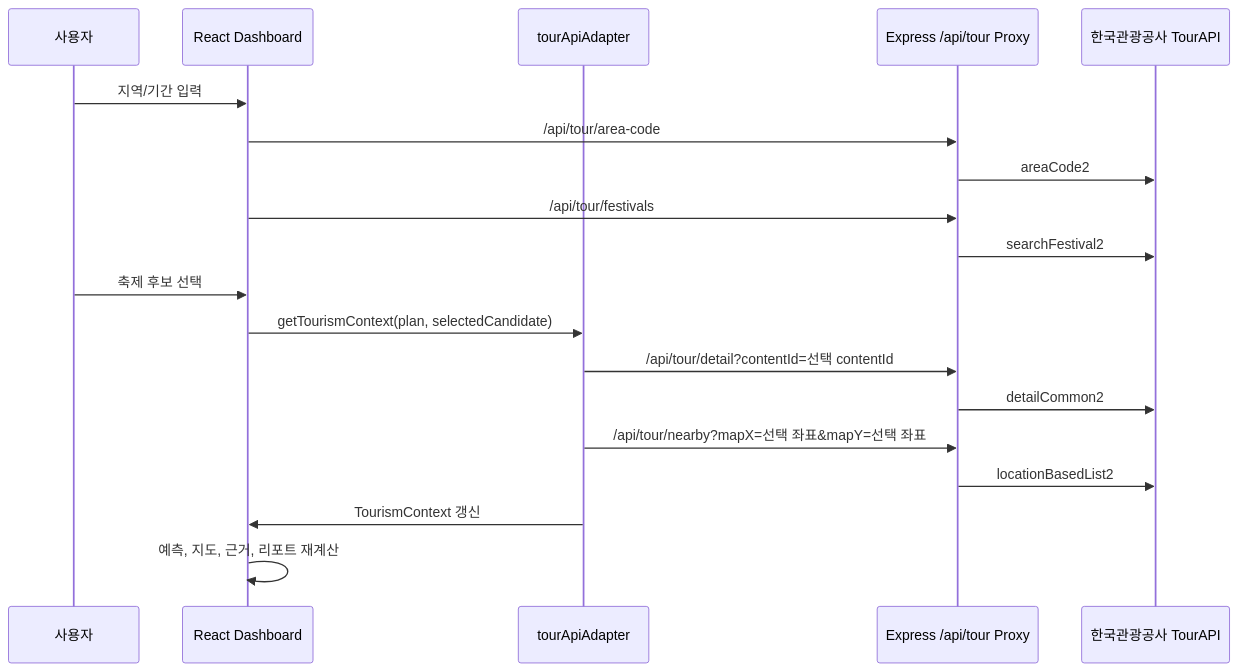
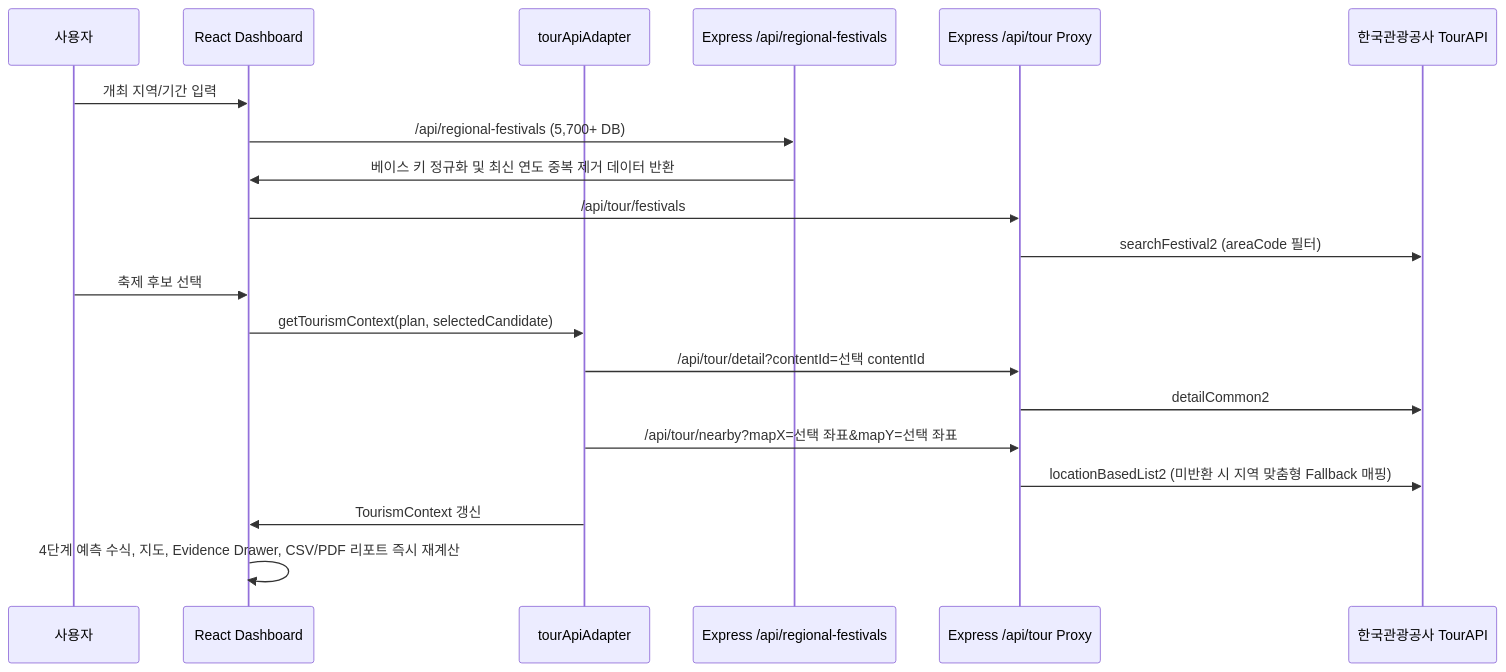
One commit to raphael7450-ops/Fest-Twin changed the diagram in docs/specs/selected-festival-data-flow.md. Above: the diagram before and after it, drawn with Mermaid. The commit also changed other lines of this file and 6 other files, not shown here.

````diff
--- a/docs/specs/selected-festival-data-flow.md
+++ b/docs/specs/selected-festival-data-flow.md
@@ -17,22 +17,23 @@
 ```mermaid
 sequenceDiagram
     participant User as 사용자
     participant UI as React Dashboard
     participant Adapter as tourApiAdapter
-    participant Proxy as Express /api/tour Proxy
+    participant DBProxy as Express /api/regional-festivals
+    participant TourProxy as Express /api/tour Proxy
     participant TourAPI as 한국관광공사 TourAPI
 
-    User->>UI: 지역/기간 입력
-    UI->>Proxy: /api/tour/area-code
-    Proxy->>TourAPI: areaCode2
-    UI->>Proxy: /api/tour/festivals
-    Proxy->>TourAPI: searchFestival2
+    User->>UI: 개최 지역/기간 입력
+    UI->>DBProxy: /api/regional-festivals (5,700+ DB)
+    DBProxy->>UI: 베이스 키 정규화 및 최신 연도 중복 제거 데이터 반환
+    UI->>TourProxy: /api/tour/festivals
+    TourProxy->>TourAPI: searchFestival2 (areaCode 필터)
     User->>UI: 축제 후보 선택
     UI->>Adapter: getTourismContext(plan, selectedCandidate)
-    Adapter->>Proxy: /api/tour/detail?contentId=선택 contentId
-    Proxy->>TourAPI: detailCommon2
-    Adapter->>Proxy: /api/tour/nearby?mapX=선택 좌표&mapY=선택 좌표
-    Proxy->>TourAPI: locationBasedList2
+    Adapter->>TourProxy: /api/tour/detail?contentId=선택 contentId
+    TourProxy->>TourAPI: detailCommon2
+    Adapter->>TourProxy: /api/tour/nearby?mapX=선택 좌표&mapY=선택 좌표
+    TourProxy->>TourAPI: locationBasedList2 (미반환 시 지역 맞춤형 Fallback 매핑)
     Adapter->>UI: TourismContext 갱신
-    UI->>UI: 예측, 지도, 근거, 리포트 재계산
+    UI->>UI: 4단계 예측 수식, 지도, Evidence Drawer, CSV/PDF 리포트 즉시 재계산
 ```
````
